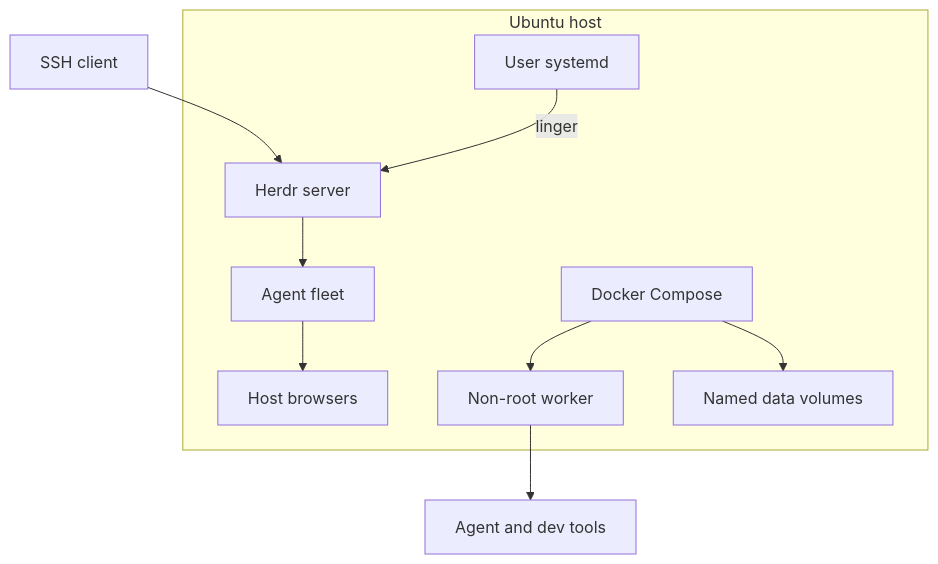
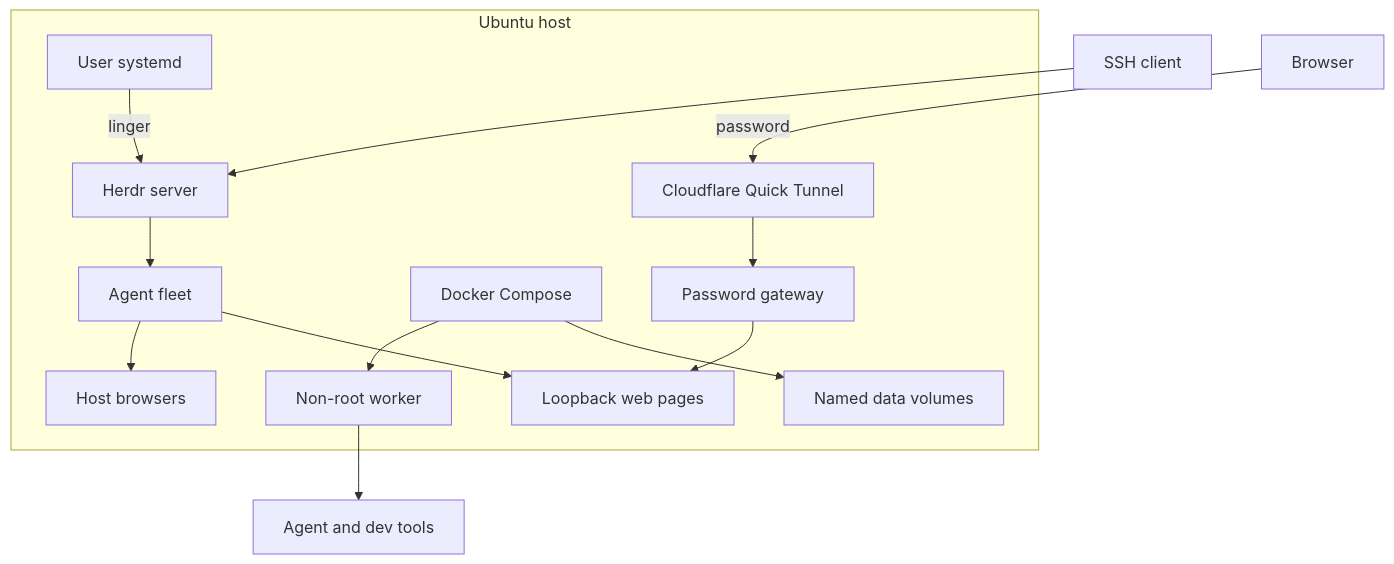
Before and after one commit to i098/Crewship: the first of 6 diagrams in docs/architecture.md, drawn with Mermaid. The commit also changed other lines of this file and 32 other files, not shown here.

First line of the commit message:
feat(gateway): one password and a Cloudflare tunnel for web pages

````diff
--- a/docs/architecture.md
+++ b/docs/architecture.md
@@ -5,12 +5,16 @@
 ```mermaid
 flowchart TB
     client[SSH client] --> herdr
+    browser[Browser] -->|password| tunnel
     subgraph host[Ubuntu host]
         manager[User systemd] -->|linger| herdr[Herdr server]
         herdr --> fleet[Agent fleet]
         fleet --> browsers[Host browsers]
         docker[Docker Compose] --> worker[Non-root worker]
         docker --> data[Named data volumes]
+        tunnel[Cloudflare Quick Tunnel] --> gateway[Password gateway]
+        gateway --> pages[Loopback web pages]
+        fleet --> pages
     end
     worker --> toolchain[Agent and dev tools]
 ```
````
